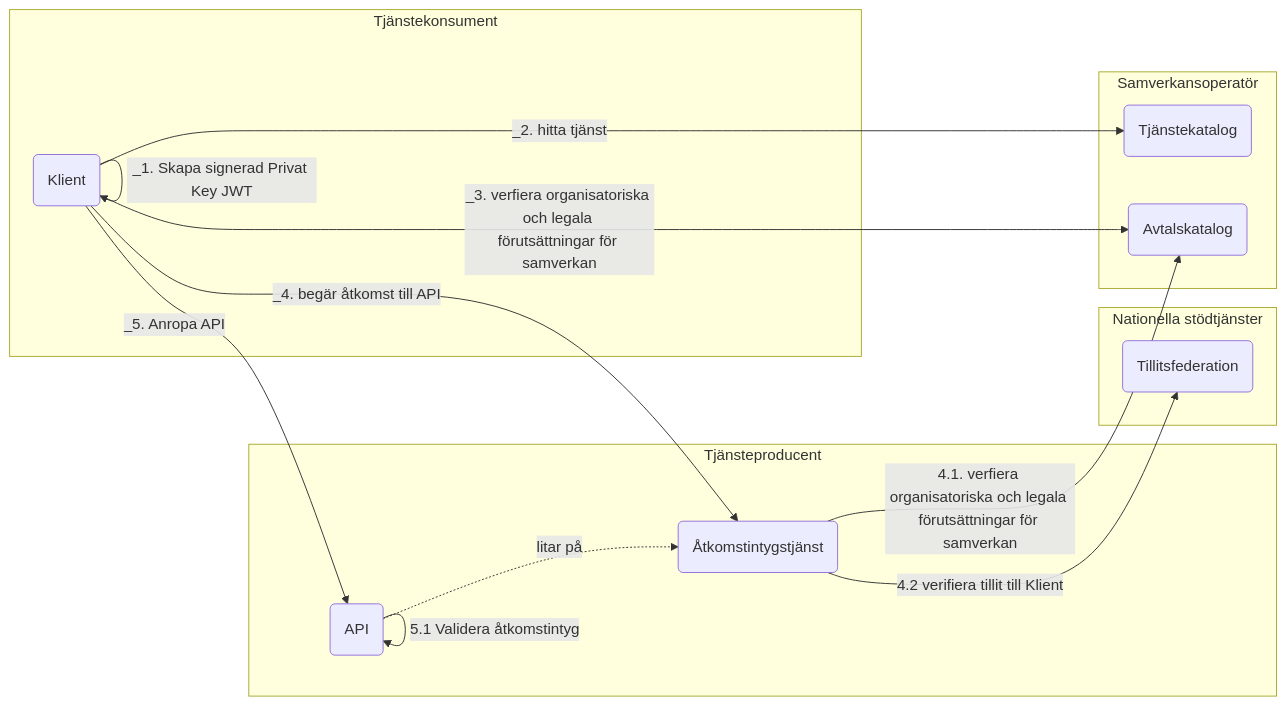
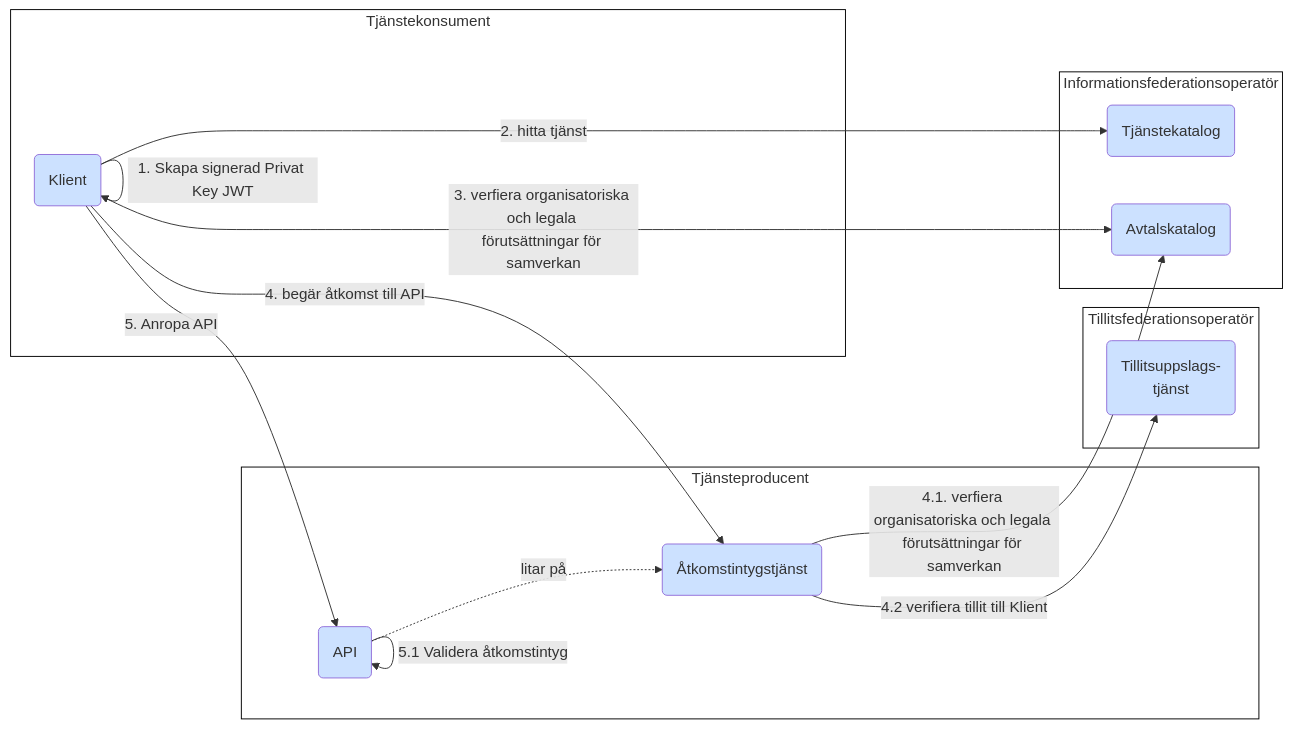
Before and after one commit to diggsweden/ena-authorization: the second of 9 diagrams in architecture/drafts/IAM_TargetArchitecture_Sweden.md, drawn with Mermaid. The commit also changed other lines of this file, not shown here.

Commit message:
Updated the graphs. Replaced underscores with <p> in mermaid and changed color schemes to match the graphics in chapter #4

````diff
--- a/architecture/drafts/IAM_TargetArchitecture_Sweden.md
+++ b/architecture/drafts/IAM_TargetArchitecture_Sweden.md
@@ -69,31 +73,38 @@
 ```mermaid
 graph LR
+classDef org fill:#F8E5A0
+classDef comp fill:#CCE1FF
+classDef box fill:#ffffff,stroke:#000000
 
 subgraph po[Tjänsteproducent]
-    p(API)
-    as(Åtkomstintygstjänst)
+    p(API):::comp
+    as(Åtkomstintygstjänst):::comp
 end
+po:::box
 
-subgraph ss[Nationella stödtjänster]
-    t(Tillitsfederation)
+subgraph ss[Tillitsfederationsoperatör]
+    t(Tillitsuppslags-<br>tjänst):::comp
 end
+ss:::box
 
-subgraph so[Samverkansoperatör]
-    tk(Tjänstekatalog)
-    ak(Avtalskatalog)
+subgraph so[Informationsfederationsoperatör]
+    tk(Tjänstekatalog):::comp
+    ak(Avtalskatalog):::comp
 end
+so:::box
 
 subgraph co[Tjänstekonsument]
-    c(Klient)
+    c(Klient):::comp
 end
+co:::box
 
-c--_1. Skapa signerad Privat Key JWT-->c
-c--_2. hitta tjänst-->tk
-c--_3. verfiera organisatoriska och legala <br>förutsättningar för samverkan-->ak
-c--_4. begär åtkomst till API-->as
-as--4.1. verfiera organisatoriska och legala <br>förutsättningar för samverkan-->ak
-as--4.2 verifiera tillit till Klient-->t
-c--_5. Anropa API-->p
+c--<p>1. Skapa signerad Privat Key JWT-->c
+c--<p>2. hitta tjänst-->tk
+c--<p>3. verfiera organisatoriska och legala <br>förutsättningar för samverkan-->ak
+c--<p>4. begär åtkomst till API-->as
+as--<p>4.1. verfiera organisatoriska och legala <br>förutsättningar för samverkan-->ak
+as--<p>4.2 verifiera tillit till Klient-->t
+c--<p>5. Anropa API-->p
 p-.litar på.->as
-p--5.1 Validera åtkomstintyg-->p
+p--<p>5.1 Validera åtkomstintyg-->p
 ```
````
